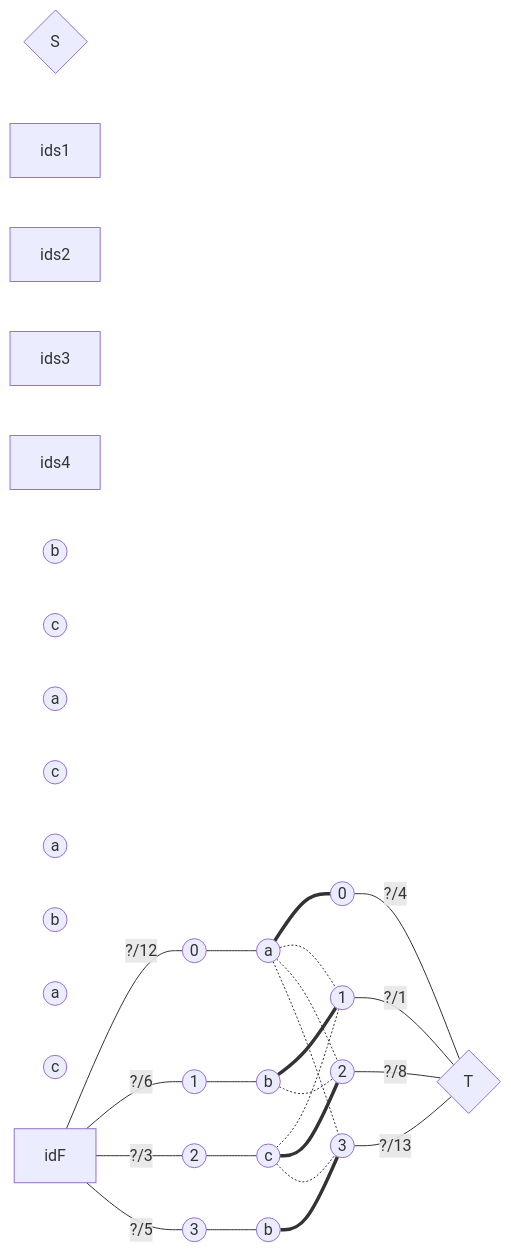
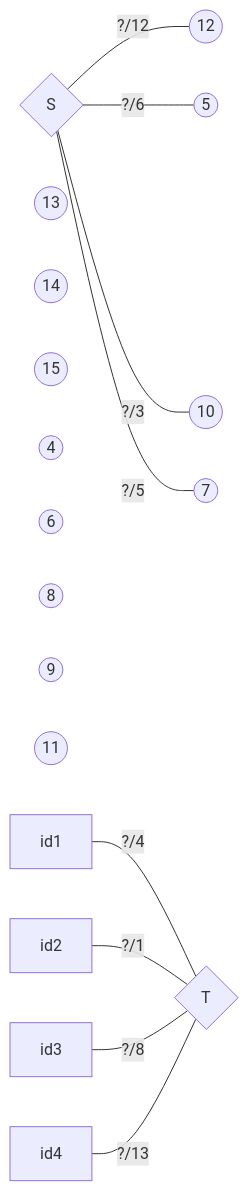
The third of 3 diagrams in sem2/AuW/UE/cx/bf/cx12-great-harvest.md (bfeitknecht/vault), drawn with Mermaid before and after one commit.

Commit message:
backup: 2024-07-02 02:01:42 from MacBook Pro (echo)
Affected files:
sem2/AuW/UE/cx/bf/cx12-great-harvest.md

````diff
--- a/sem2/AuW/UE/cx/bf/cx12-great-harvest.md
+++ b/sem2/AuW/UE/cx/bf/cx12-great-harvest.md
@@ -80,68 +80,46 @@
 ```mermaid
 flowchart LR
 
 idS{"S"}
 idT{"T"}
 
-ids1
-ids2
-ids3
-ids4
+%% variety 1
+id1a((0))
+id2a((1))
+id3a((2))
+id4a((3))
 
-%% from
-idf0((0))
-idf1((1))
-idf2((2))
-idf3((3))
+%% variety 2
+id1b((4))
+id2b((5))
+id3b((6))
+id4b((7))
 
-%% to
-idt0((0))
-idt1((1))
-idt2((2))
-idt3((3))
-  
+%% variety 3
+id1c((8))
+id2c((9))
+id3c((10))
+id4c((11))
 
-%% variety
-id0a((a))
-id0b((b))
-id0c((c))
-
-id1a((a))
-id1b((b))
-id1c((c))
-
-id2a((a))
-id2b((b))
-id2c((c))
-
-id3a((a))
-id3b((b))
-id3c((c))
+%% cities
+id1a((12))
+id2a((13))
+id3a((14))
+id4a((15))
   
 
 %%%%%%%%%%%%%%%%%%%%%%%%%%%%%%%%%%%%%%%%%%%%
 
 
-idF ---|"?/12"| idf0
-idF ---|"?/6"| idf1
-idF ---|"?/3"| idf2
-idF ---|"?/5"| idf3
+idS ---|"?/12"| id1a
+idS ---|"?/6"| id2b
+idS ---|"?/3"| id3c
+idS ---|"?/5"| id4b
 
-idt0 ---|"?/4"| idT
-idt1 ---|"?/1"| idT
-idt2 ---|"?/8"| idT
-idt3 ---|"?/13"| idT
+id1 ---|"?/4"| idT
+id2 ---|"?/1"| idT
+id3 ---|"?/8"| idT
+id4 ---|"?/13"| idT
 
-idf0 --- id0a === idt0
-id0a -.- idt1
-idf1 --- id1b === idt1
-id2c -.- idt1
 
-id0a -.- idt2
-id1b -.- idt2
-idf2 --- id2c === idt2
-
-id0a -.- idt3
-idf3 --- id3b === idt3
-id2c -.- idt3
 ```
````
